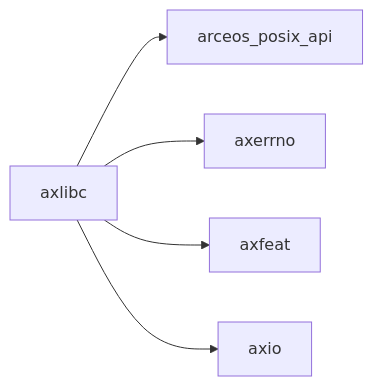
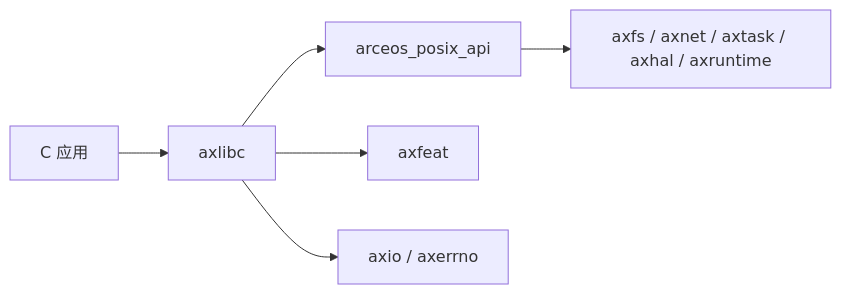
One commit to rcore-os/tgoskits changed the second of 2 diagrams in docs/crates/axlibc.md. Above: the diagram before and after it, drawn with Mermaid. The commit also changed other lines of this file and 99 other files, not shown here.

````diff
--- a/docs/crates/axlibc.md
+++ b/docs/crates/axlibc.md
@@ -39,8 +116,8 @@
 ```mermaid
 graph LR
-    current["axlibc"]
-    current --> arceos_posix_api["arceos_posix_api"]
-    current --> axerrno["axerrno"]
-    current --> axfeat["axfeat"]
-    current --> axio["axio"]
+    capp["C 应用"] --> axlibc["axlibc"]
+    axlibc --> posix["arceos_posix_api"]
+    axlibc --> axfeat["axfeat"]
+    axlibc --> axio["axio / axerrno"]
+    posix --> modules["axfs / axnet / axtask / axhal / axruntime"]
 ```
````
